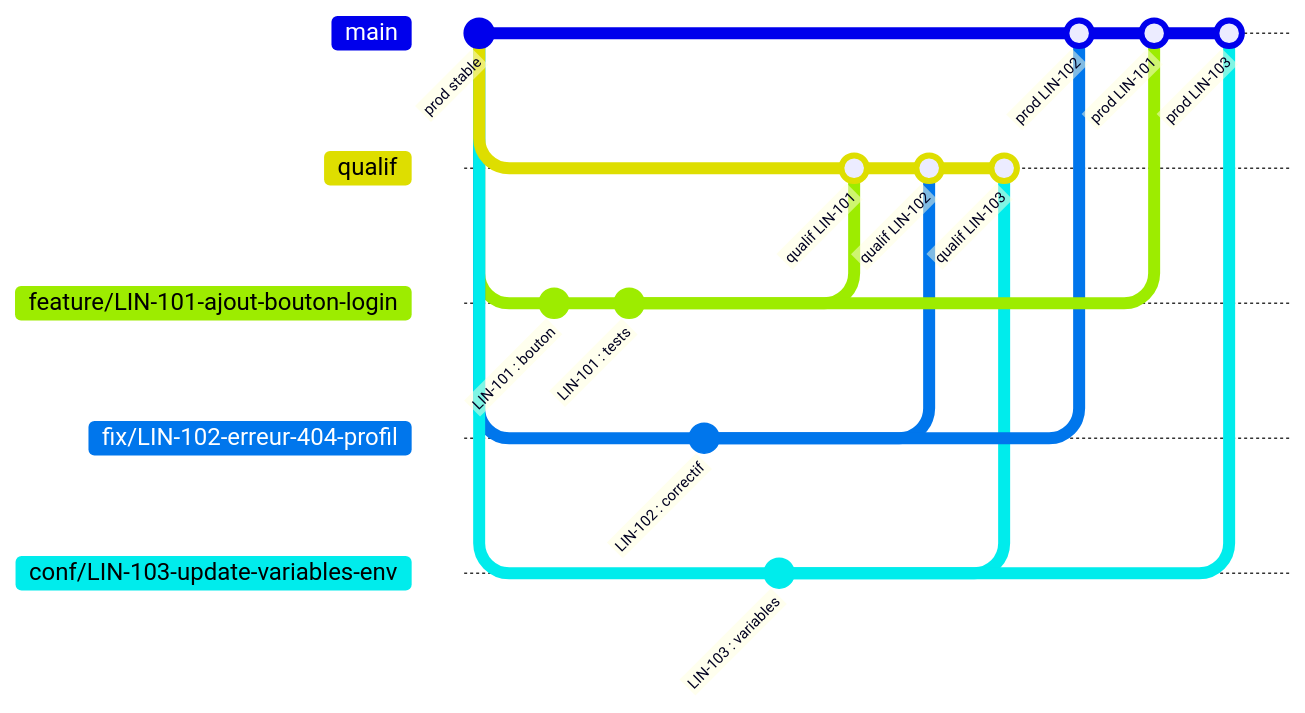
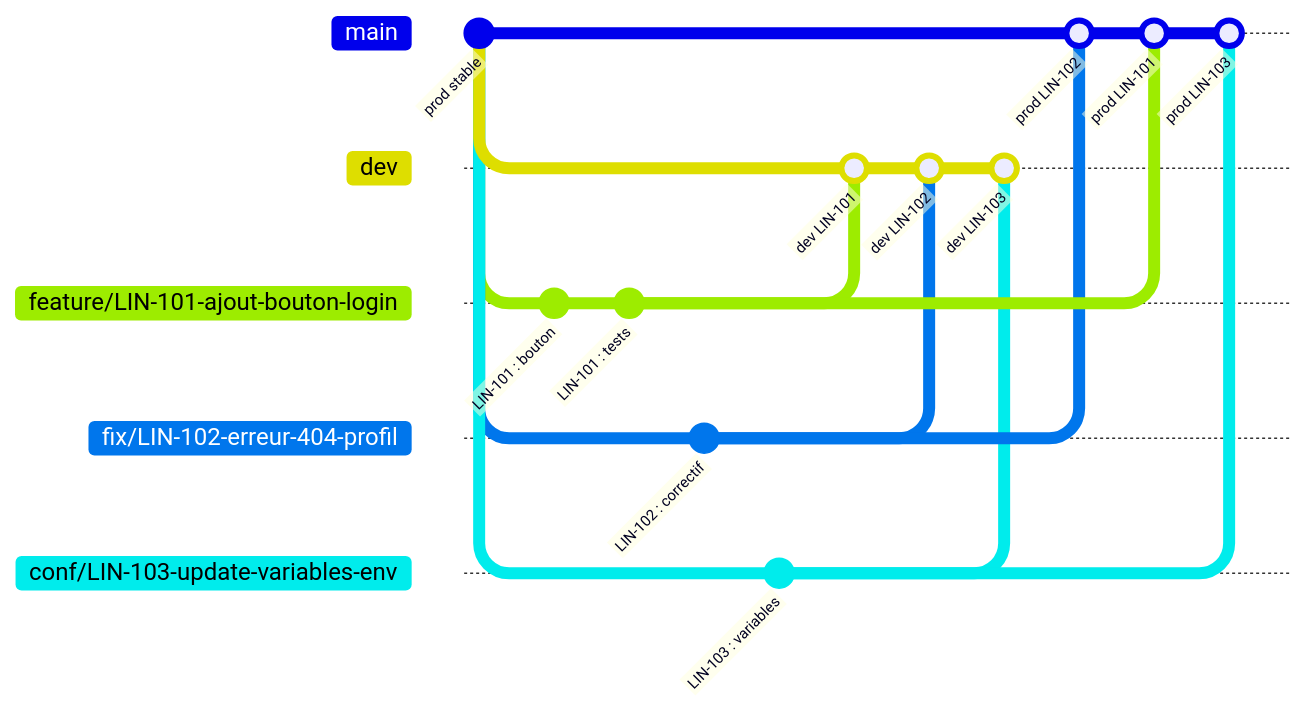
One commit to Thomas-Zabalo/CoordinationFB changed the diagram in CONTRIBUTING.md. Above: the diagram before and after it, drawn with Mermaid.

Commit message:
Update CONTRIBUTING.md (#53)

````diff
--- a/CONTRIBUTING.md
+++ b/CONTRIBUTING.md
@@ -265,23 +265,23 @@
 ```mermaid
 gitGraph
    commit id: "prod stable"
-   branch qualif
+   branch dev
    checkout main
    branch "feature/LIN-101-ajout-bouton-login"
    commit id: "LIN-101 : bouton"
    commit id: "LIN-101 : tests"
    checkout main
    branch "fix/LIN-102-erreur-404-profil"
    commit id: "LIN-102 : correctif"
    checkout main
    branch "conf/LIN-103-update-variables-env"
    commit id: "LIN-103 : variables"
-   checkout qualif
-   merge "feature/LIN-101-ajout-bouton-login" id: "qualif LIN-101"
-   merge "fix/LIN-102-erreur-404-profil" id: "qualif LIN-102"
-   merge "conf/LIN-103-update-variables-env" id: "qualif LIN-103"
+   checkout dev
+   merge "feature/LIN-101-ajout-bouton-login" id: "dev LIN-101"
+   merge "fix/LIN-102-erreur-404-profil" id: "dev LIN-102"
+   merge "conf/LIN-103-update-variables-env" id: "dev LIN-103"
    checkout main
    merge "fix/LIN-102-erreur-404-profil" id: "prod LIN-102"
    merge "feature/LIN-101-ajout-bouton-login" id: "prod LIN-101"
    merge "conf/LIN-103-update-variables-env" id: "prod LIN-103"
 ```
````
